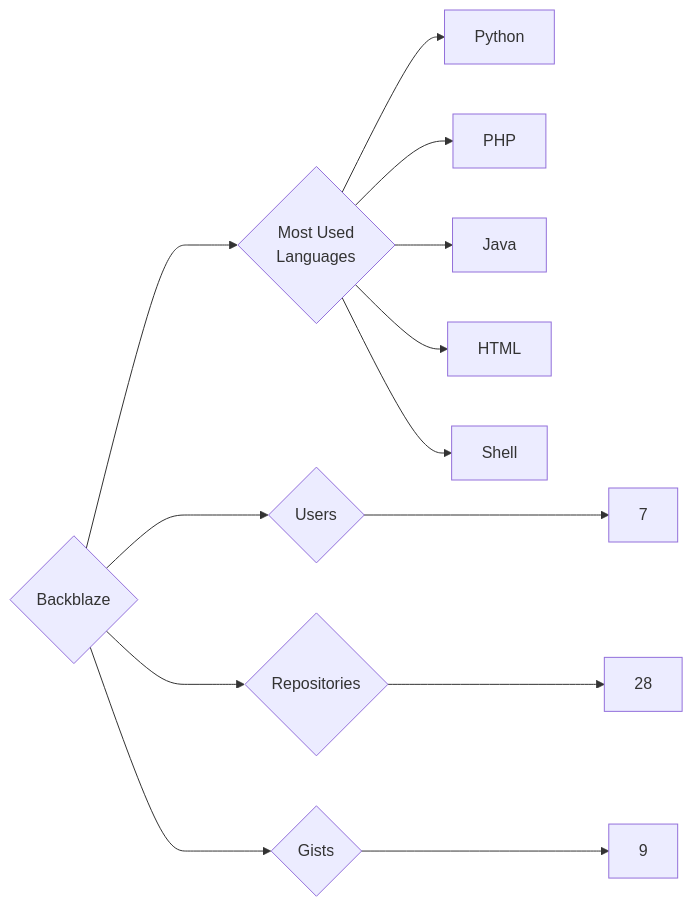
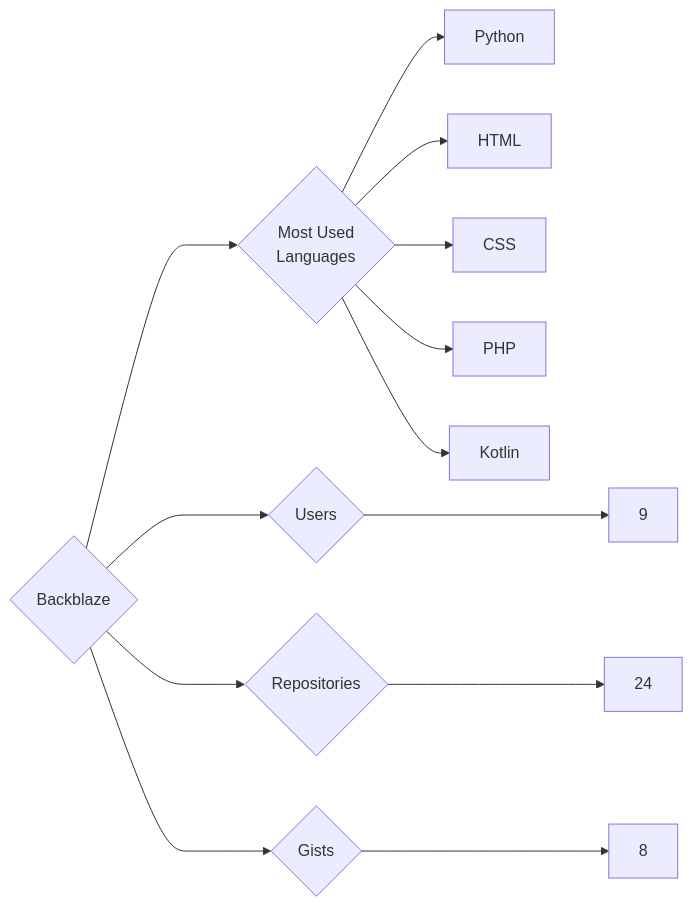
The diagram in targets/Backblaze/README.md (trickest/insiders), drawn with Mermaid before and after one commit. The commit also changed 1170 other files, not shown here.

````diff
--- a/targets/Backblaze/README.md
+++ b/targets/Backblaze/README.md
@@ -3,13 +3,13 @@
 ```mermaid
 graph LR
 COMPANY_NAME{Backblaze}
-COMPANY_NAME ---> U{Users} ---> UN[7]
-COMPANY_NAME ---> R{Repositories} ---> RN[28]
-COMPANY_NAME ---> G{Gists} ---> GN[9]
+COMPANY_NAME ---> U{Users} ---> UN[9]
+COMPANY_NAME ---> R{Repositories} ---> RN[24]
+COMPANY_NAME ---> G{Gists} ---> GN[8]
 COMPANY_NAME ---> ML{Most Used<br>Languages}
 ML --> Python[Python]
+ML --> HTML[HTML]
+ML --> CSS[CSS]
 ML --> PHP[PHP]
-ML --> Java[Java]
-ML --> HTML[HTML]
-ML --> Shell[Shell]
+ML --> Kotlin[Kotlin]
 ```
````
